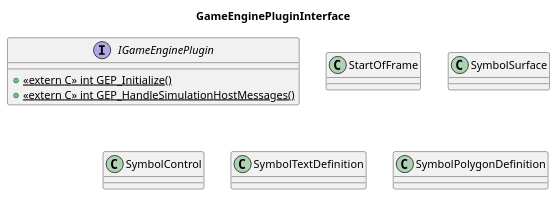
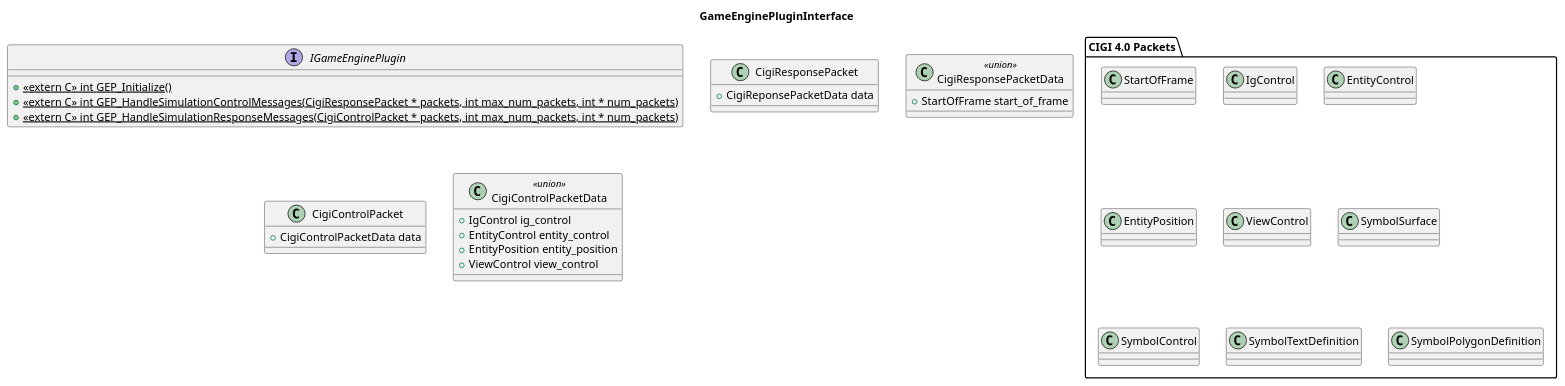
Before and after one commit to stevostj/Sandbox: the diagram in GameEnginePlugin/Docs/SourceDiagrams/GameEnginePluginInterface-Class.plantuml, drawn with PlantUML. The commit also changed 8 other files, not shown here.

```diff
--- a/GameEnginePlugin/Docs/SourceDiagrams/GameEnginePluginInterface-Class.plantuml
+++ b/GameEnginePlugin/Docs/SourceDiagrams/GameEnginePluginInterface-Class.plantuml
@@ -1,31 +1,73 @@
 @startuml
 
 title "GameEnginePluginInterface"
 
+top to bottom direction
+
 interface "IGameEnginePlugin"  as IGEP {
     + {static} <<extern C>> int GEP_Initialize()
-    + {static} <<extern C>> int GEP_HandleSimulationHostMessages()
+    + {static} <<extern C>> int GEP_HandleSimulationControlMessages(CigiResponsePacket * packets, int max_num_packets, int * num_packets)
+    + {static} <<extern C>> int GEP_HandleSimulationResponseMessages(CigiControlPacket * packets, int max_num_packets, int * num_packets)
 
 }
 
-class "StartOfFrame" {
+class "CigiResponsePacket" {
+    + CigiReponsePacketData data
+}
+
+class CigiResponsePacketData <<union>> {
+    + StartOfFrame start_of_frame
+}
+
+class "CigiControlPacket" {
+    + CigiControlPacketData data
+}
+
+class CigiControlPacketData <<union>> {
+    + IgControl ig_control
+    + EntityControl entity_control
+    + EntityPosition entity_position
+    + ViewControl view_control
+}
+
+package "CIGI 4.0 Packets" as CIGI {
+
+    class "StartOfFrame" {
+
+    }
+
+    class "IgControl" {
+
+    }
+
+    class "EntityControl" {
+
+    }
+
+    class "EntityPosition" {
+
+    }
+
+    class "ViewControl" {
+
+    }
+
+    class "SymbolSurface" {
+
+    }
+
+    class "SymbolControl" {
+
+    }
+
+    class "SymbolTextDefinition" {
+
+    }
+
+    class "SymbolPolygonDefinition" {
+        
+    }
 
 }
 
-class "SymbolSurface" {
-
-}
-
-class "SymbolControl" {
-
-}
-
-class "SymbolTextDefinition" {
-
-}
-
-class "SymbolPolygonDefinition" {
-    
-}
-
 @enduml
```
